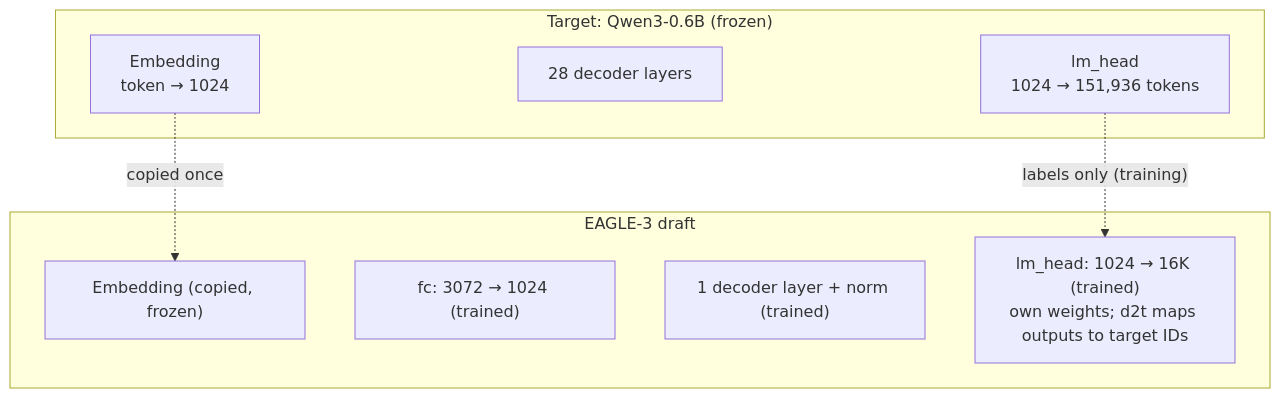
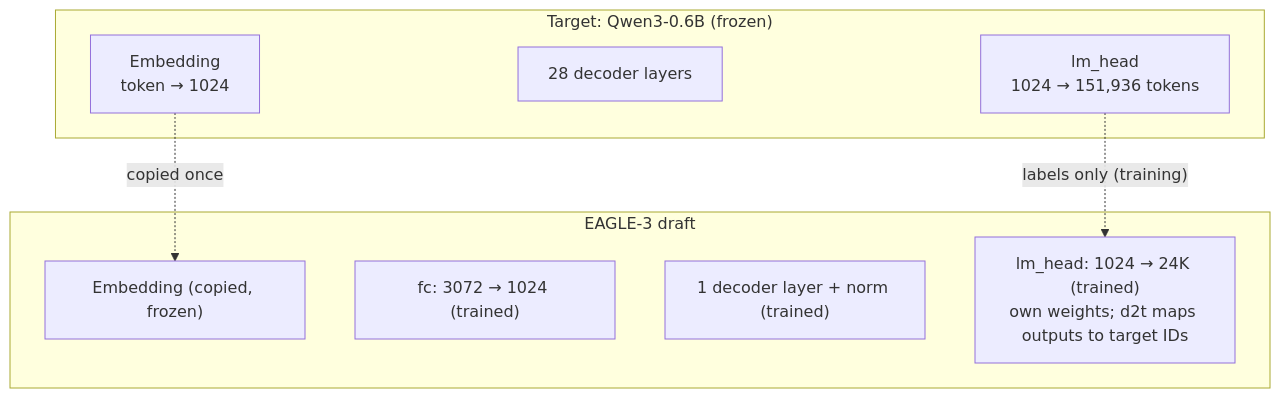
One commit to Gauravp2104/rl-spec-decoding changed the second of 6 diagrams in docs/concepts/draft_target_interaction.md. Above: the diagram before and after it, drawn with Mermaid. The commit also changed other lines of this file and 12 other files, not shown here.

````diff
--- a/docs/concepts/draft_target_interaction.md
+++ b/docs/concepts/draft_target_interaction.md
@@ -42,16 +42,16 @@
 ```mermaid
 flowchart TB
     subgraph Target["Target: Qwen3-0.6B (frozen)"]
         TE["Embedding<br/>token → 1024"]
         TL["28 decoder layers"]
         TH["lm_head<br/>1024 → 151,936 tokens"]
     end
     subgraph Draft["EAGLE-3 draft"]
         DE["Embedding (copied, frozen)"]
         FC["fc: 3072 → 1024 (trained)"]
         DL["1 decoder layer + norm (trained)"]
-        DH["lm_head: 1024 → 16K (trained)<br/>own weights; d2t maps outputs to target IDs"]
+        DH["lm_head: 1024 → 24K (trained)<br/>own weights; d2t maps outputs to target IDs"]
     end
     TE -. "copied once" .-> DE
     TH -. "labels only (training)" .-> DH
 ```
````
